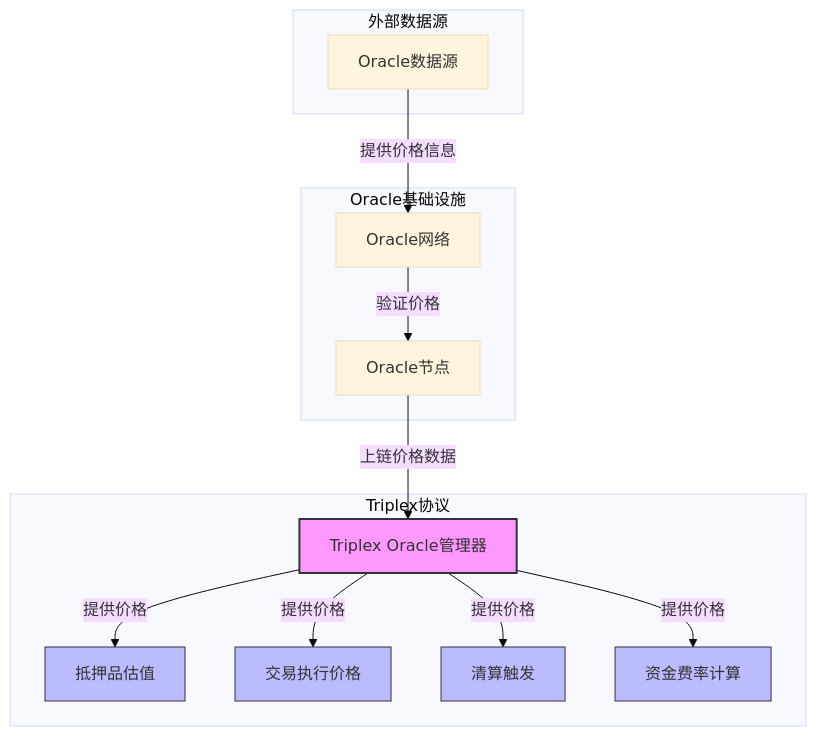
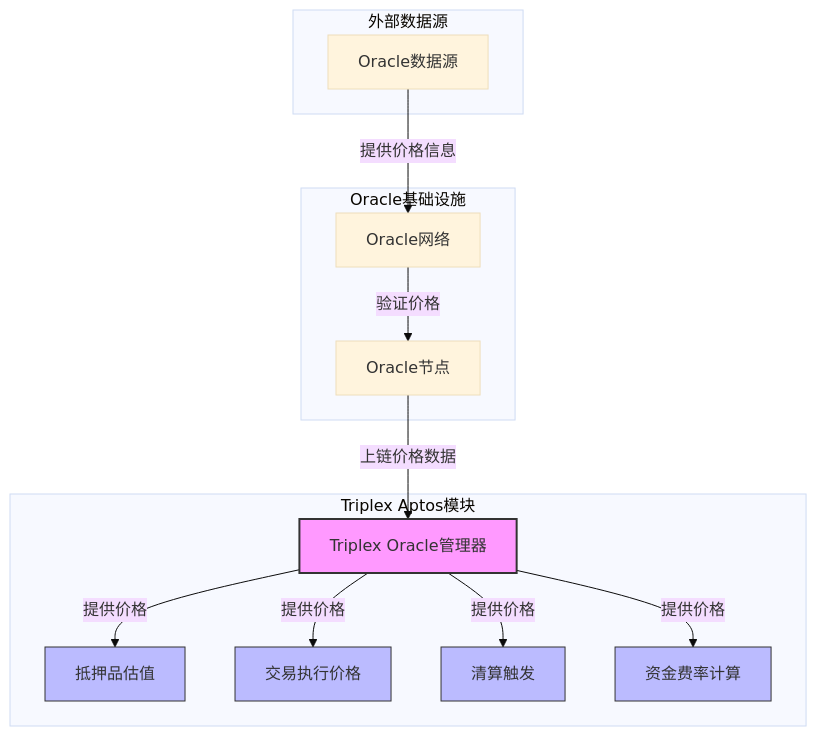
The first of 3 diagrams in app/architecturalanalysis/oracle/page.mdx (OlendDAO/TriplexDoc), drawn with Mermaid (base theme) before and after one commit. The commit also changed other lines of this file and 8 other files, not shown here.

````diff
--- a/app/architecturalanalysis/oracle/page.mdx
+++ b/app/architecturalanalysis/oracle/page.mdx
@@ -13,34 +13,34 @@
 ```mermaid
 graph TD
     A[Oracle数据源] -->|提供价格信息| B[Oracle网络]
     B -->|验证价格| C[Oracle节点]
     C -->|上链价格数据| D[Triplex Oracle管理器]
     
     D -->|提供价格| E[抵押品估值]
     D -->|提供价格| F[交易执行价格]
     D -->|提供价格| G[清算触发]
     D -->|提供价格| H[资金费率计算]
     
     subgraph 外部数据源
         A
     end
     
     subgraph Oracle基础设施
         B
         C
     end
     
-    subgraph Triplex协议
+    subgraph Triplex Aptos模块
         D
         E
         F
         G
         H
     end
     
     style D fill:#f9f,stroke:#333,stroke-width:2px
     style E fill:#bbf,stroke:#333,stroke-width:1px
     style F fill:#bbf,stroke:#333,stroke-width:1px
     style G fill:#bbf,stroke:#333,stroke-width:1px
     style H fill:#bbf,stroke:#333,stroke-width:1px
 ```
````
